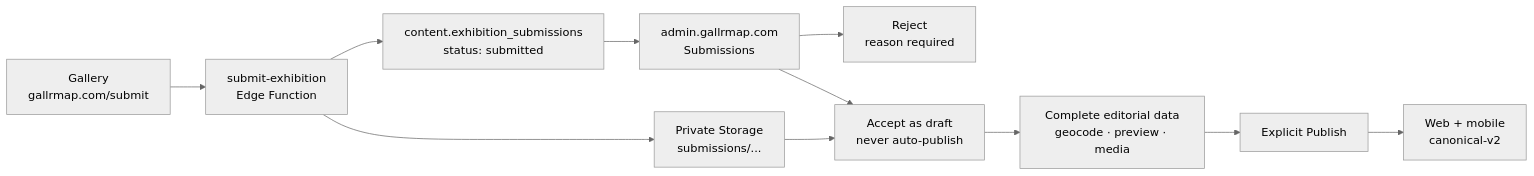
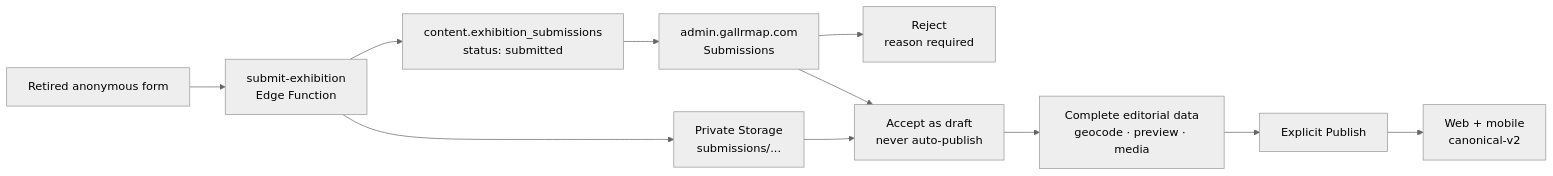
The diagram in docs/gallery-submission-workflow.md (203Projects/gallr), drawn with Mermaid (neutral theme) before and after one commit. The commit also changed other lines of this file and 153 other files, not shown here.

````diff
--- a/docs/gallery-submission-workflow.md
+++ b/docs/gallery-submission-workflow.md
@@ -10,13 +16,13 @@
 ```mermaid
 flowchart LR
-  gallery["Gallery<br/>gallrmap.com/submit"] --> intake["submit-exhibition<br/>Edge Function"]
+  gallery["Retired anonymous form"] --> intake["submit-exhibition<br/>Edge Function"]
   intake --> privateMedia["Private Storage<br/>submissions/..."]
   intake --> queue["content.exhibition_submissions<br/>status: submitted"]
   queue --> admin["admin.gallrmap.com<br/>Submissions"]
   admin --> reject["Reject<br/>reason required"]
   admin --> draft["Accept as draft<br/>never auto-publish"]
   privateMedia --> draft
   draft --> editorial["Complete editorial data<br/>geocode · preview · media"]
   editorial --> publish["Explicit Publish"]
   publish --> readers["Web + mobile<br/>canonical-v2"]
 ```
````
